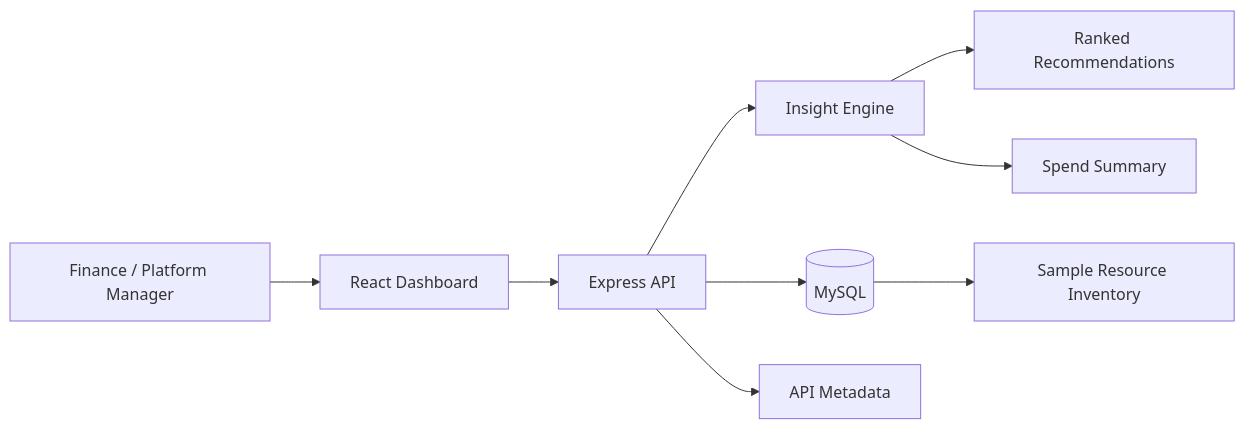
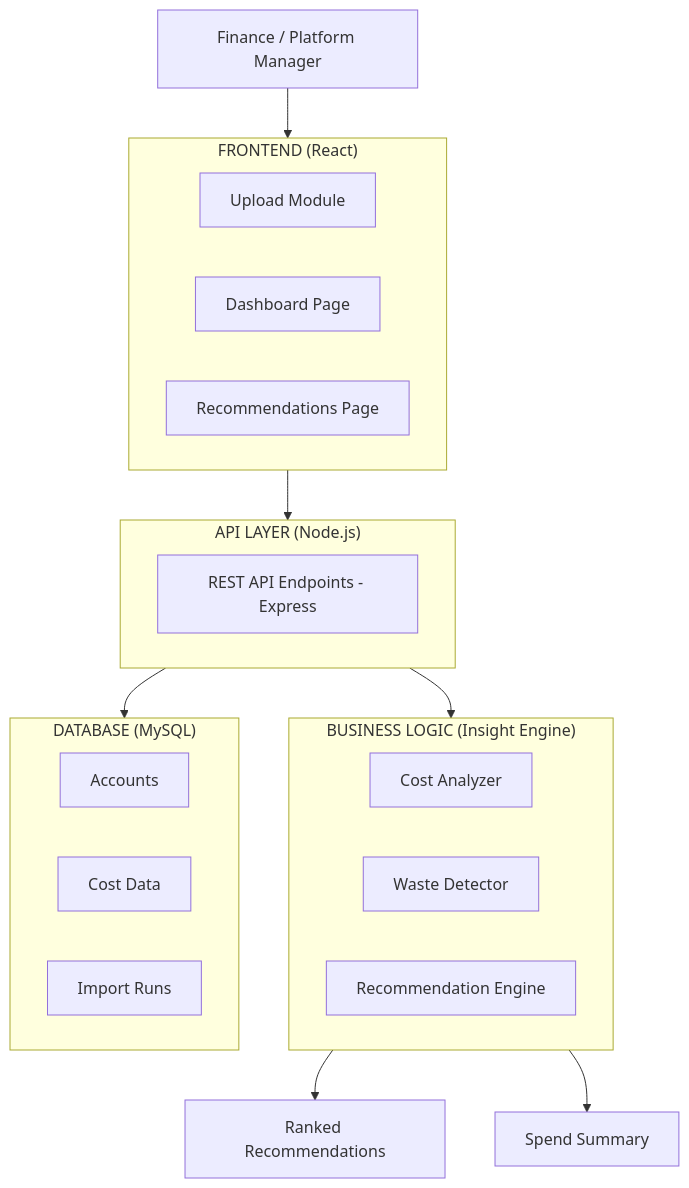
Before and after one commit to JaymeenDevatka/22North: the diagram in docs/architecture.md, drawn with Mermaid. The commit also changed other lines of this file and 17 other files, not shown here.

````diff
--- a/docs/architecture.md
+++ b/docs/architecture.md
@@ -3,11 +3,31 @@
 ```mermaid
-flowchart LR
-  U[Finance / Platform Manager] --> R[React Dashboard]
-  R --> A[Express API]
-  A --> I[Insight Engine]
-  A --> M[(MySQL)]
-  M --> S[Sample Resource Inventory]
-  I --> D[Ranked Recommendations]
-  I --> B[Spend Summary]
-  A --> X[API Metadata]
+flowchart TB
+  subgraph Frontend["FRONTEND (React)"]
+    U[Upload Module]
+    D[Dashboard Page]
+    R[Recommendations Page]
+  end
+
+  subgraph API["API LAYER (Node.js)"]
+    E[REST API Endpoints - Express]
+  end
+
+  subgraph Logic["BUSINESS LOGIC (Insight Engine)"]
+    CA[Cost Analyzer]
+    WD[Waste Detector]
+    RE[Recommendation Engine]
+  end
+
+  subgraph DB["DATABASE (MySQL)"]
+    A[Accounts]
+    C[Cost Data]
+    I[Import Runs]
+  end
+
+  User[Finance / Platform Manager] --> Frontend
+  Frontend --> API
+  API --> Logic
+  API --> DB
+  Logic --> D2[Ranked Recommendations]
+  Logic --> B[Spend Summary]
 ```
````
